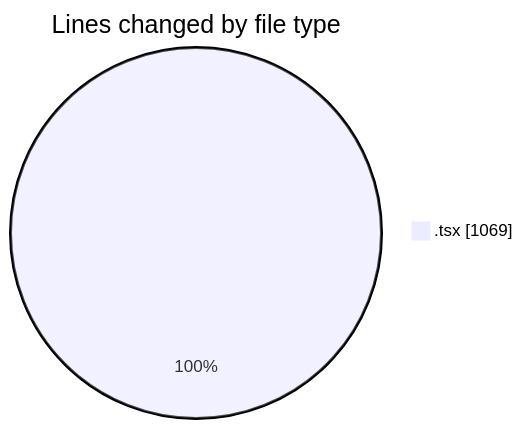
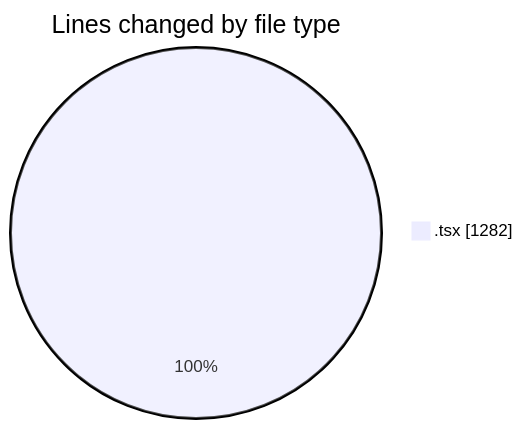
Before and after one commit to julien-gomy/code-tracking: the first of 2 diagrams in 2025-10-13/eventscop-frontend-guide__workspace_/README.md, drawn with Mermaid. The commit also changed other lines of this file and 1 other file, not shown here.

````diff
--- a/2025-10-13/eventscop-frontend-guide__workspace_/README.md
+++ b/2025-10-13/eventscop-frontend-guide__workspace_/README.md
@@ -24,5 +24,5 @@
 ```mermaid
 pie showData
 title Lines changed by file type
-".tsx" : 1069
+".tsx" : 1282
 ```
````
